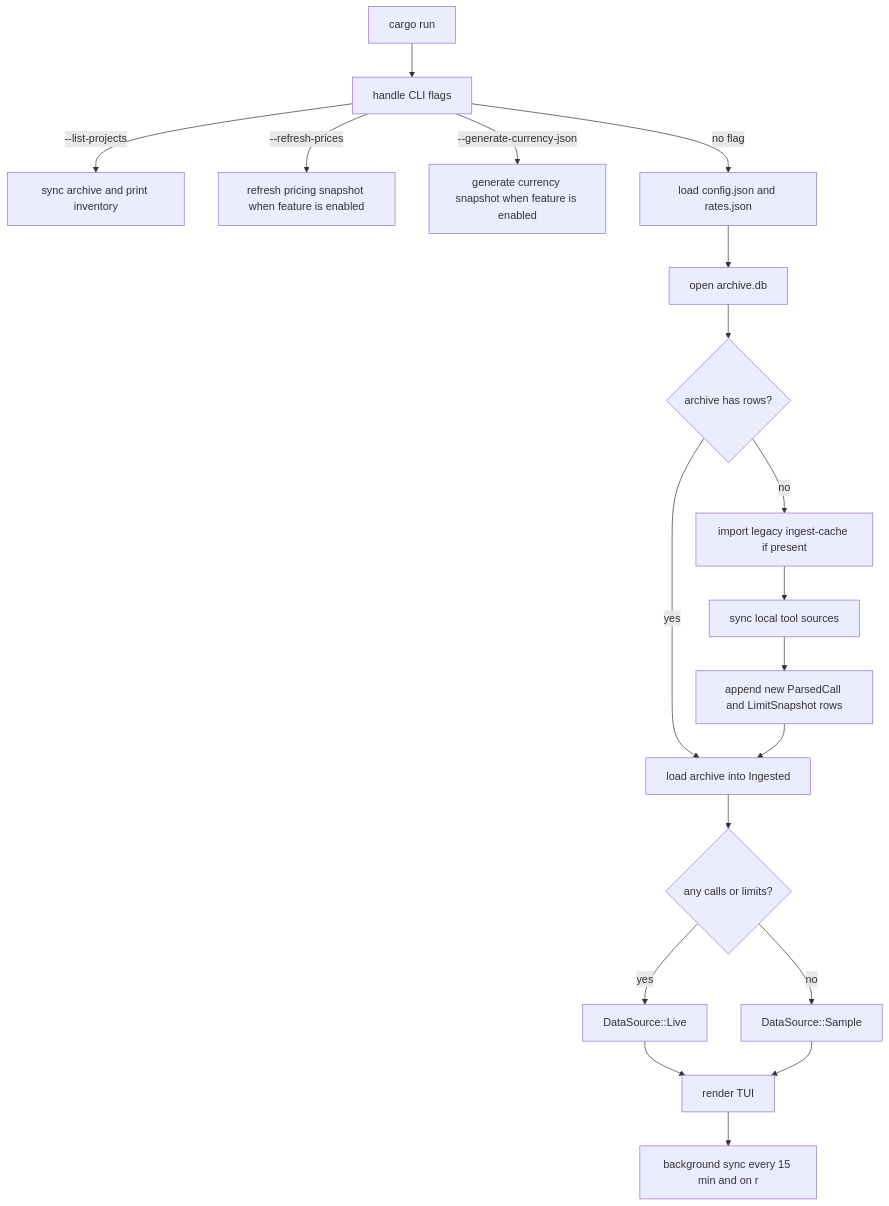
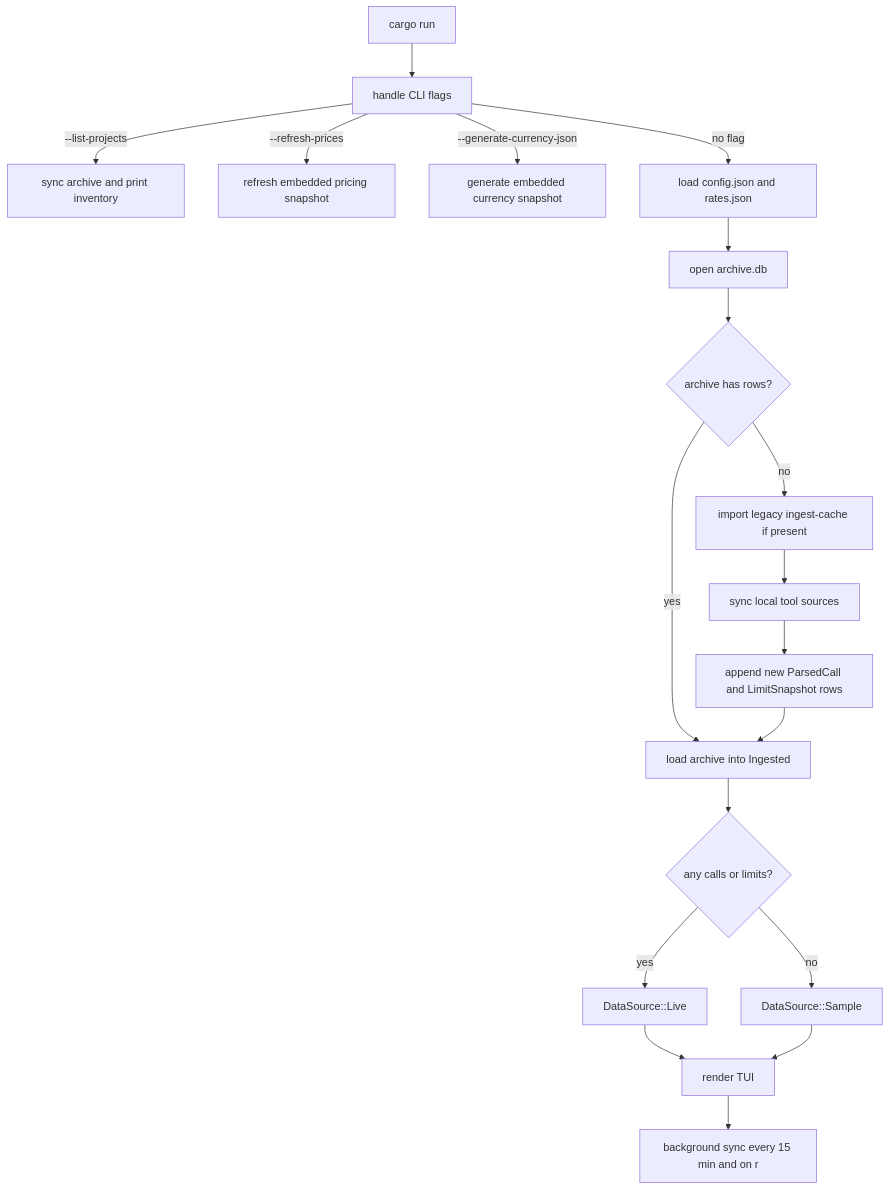
The first of 4 diagrams in docs/architecture.md (russmckendrick/tokenuse), drawn with Mermaid before and after one commit. The commit also changed other lines of this file and 74 other files, not shown here.

````diff
--- a/docs/architecture.md
+++ b/docs/architecture.md
@@ -7,21 +7,21 @@
 ```mermaid
 flowchart TD
     A[cargo run] --> B[handle CLI flags]
     B -->|--list-projects| C[sync archive and print inventory]
-    B -->|--refresh-prices| D[refresh pricing snapshot when feature is enabled]
-    B -->|--generate-currency-json| L[generate currency snapshot when feature is enabled]
+    B -->|--refresh-prices| D[refresh embedded pricing snapshot]
+    B -->|--generate-currency-json| L[generate embedded currency snapshot]
     B -->|no flag| M[load config.json and rates.json]
     M --> N[open archive.db]
     N --> O{archive has rows?}
     O -->|yes| P[load archive into Ingested]
     O -->|no| Q[import legacy ingest-cache if present]
     Q --> R[sync local tool sources]
     R --> S[append new ParsedCall and LimitSnapshot rows]
     S --> P
     P --> H{any calls or limits?}
     H -->|yes| I[DataSource::Live]
     H -->|no| J[DataSource::Sample]
     I --> K[render TUI]
     J --> K
     K --> T[background sync every 15 min and on r]
 ```
````
